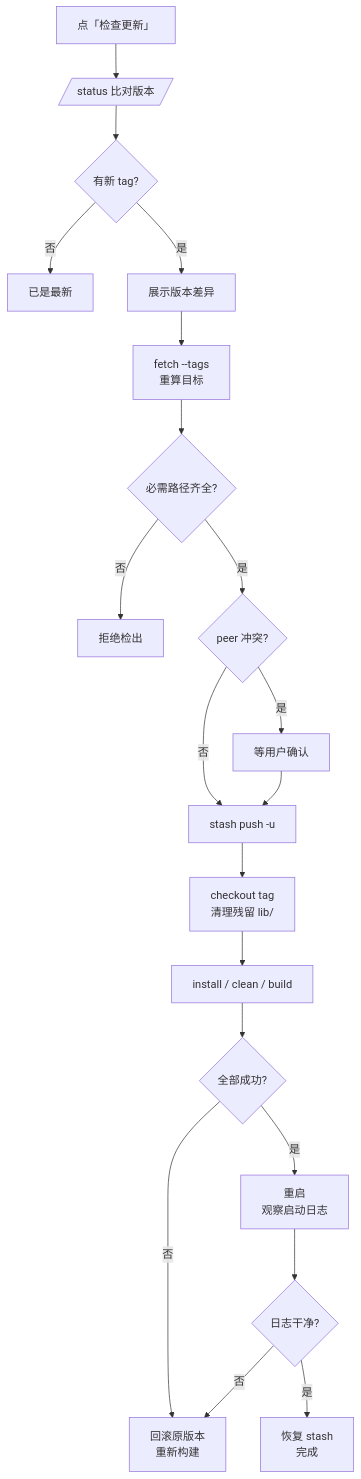
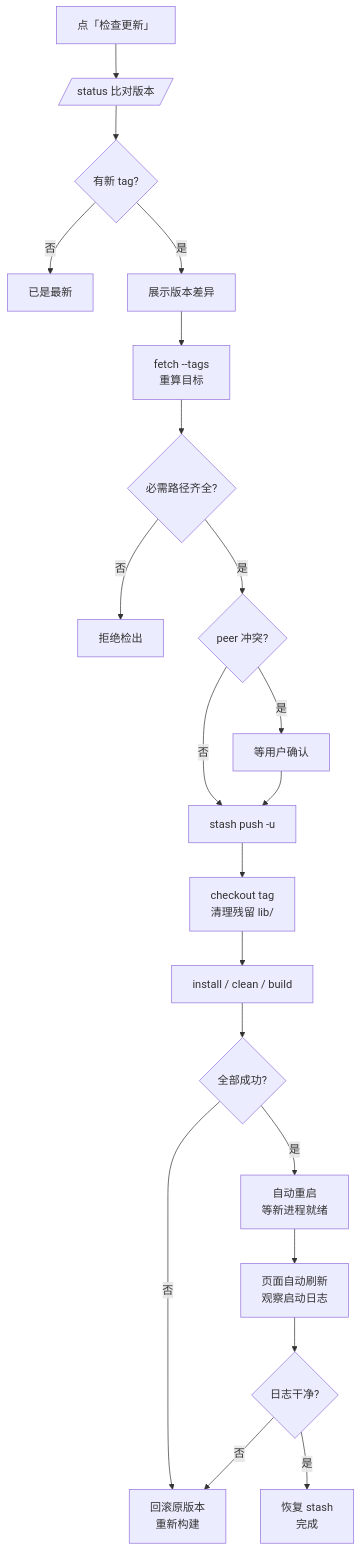
The diagram in README.md (Zhucy123/dsh-update), drawn with Mermaid before and after one commit. The commit also changed other lines of this file, not shown here.

````diff
--- a/README.md
+++ b/README.md
@@ -220,22 +236,23 @@
 ```mermaid
 flowchart TD
     A[点「检查更新」] --> B[/status 比对版本/]
     B --> C{有新 tag?}
     C -- 否 --> D[已是最新]
     C -- 是 --> E[展示版本差异]
     E --> F[fetch --tags<br/>重算目标]
     F --> G{必需路径齐全?}
     G -- 否 --> H[拒绝检出]
     G -- 是 --> I{peer 冲突?}
     I -- 是 --> J[等用户确认]
     I -- 否 --> K[stash push -u]
     J --> K
     K --> L[checkout tag<br/>清理残留 lib/]
     L --> M[install / clean / build]
     M --> N{全部成功?}
     N -- 否 --> O[回滚原版本<br/>重新构建]
-    N -- 是 --> P[重启<br/>观察启动日志]
-    P --> Q{日志干净?}
+    N -- 是 --> P[自动重启<br/>等新进程就绪]
+    P --> PR[页面自动刷新<br/>观察启动日志]
+    PR --> Q{日志干净?}
     Q -- 否 --> O
     Q -- 是 --> R[恢复 stash<br/>完成]
 ```
````
